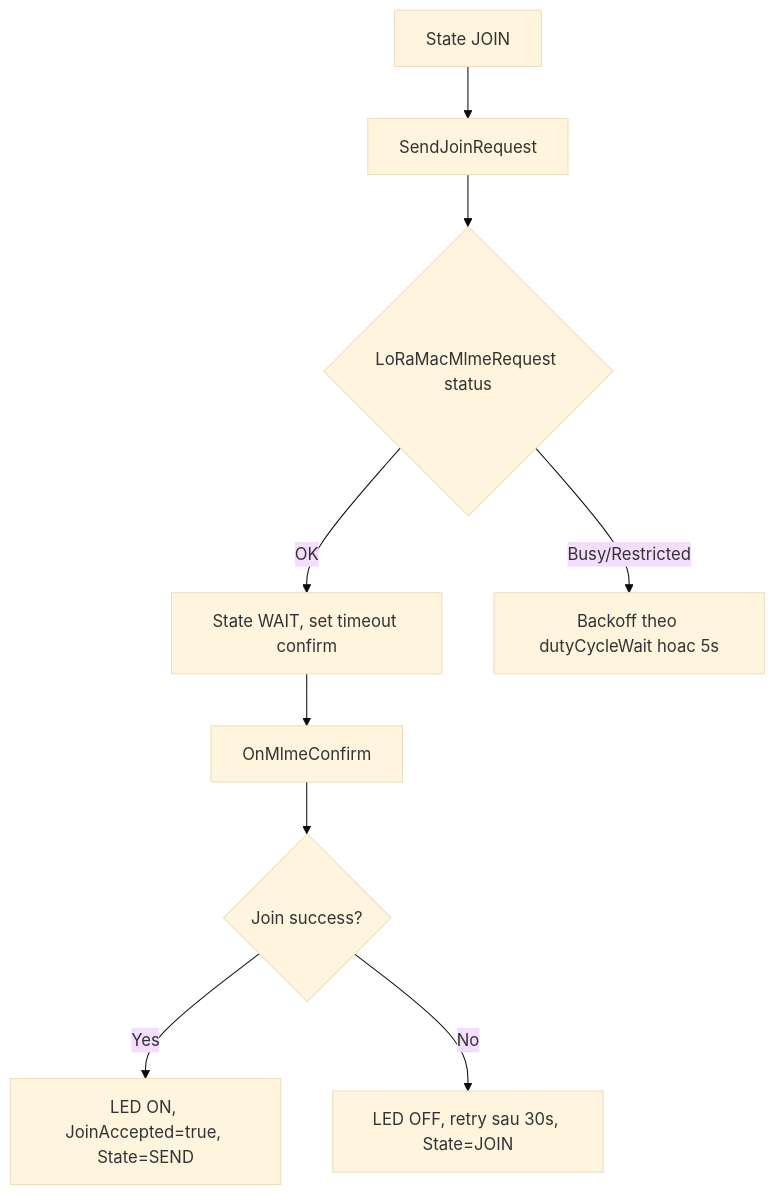
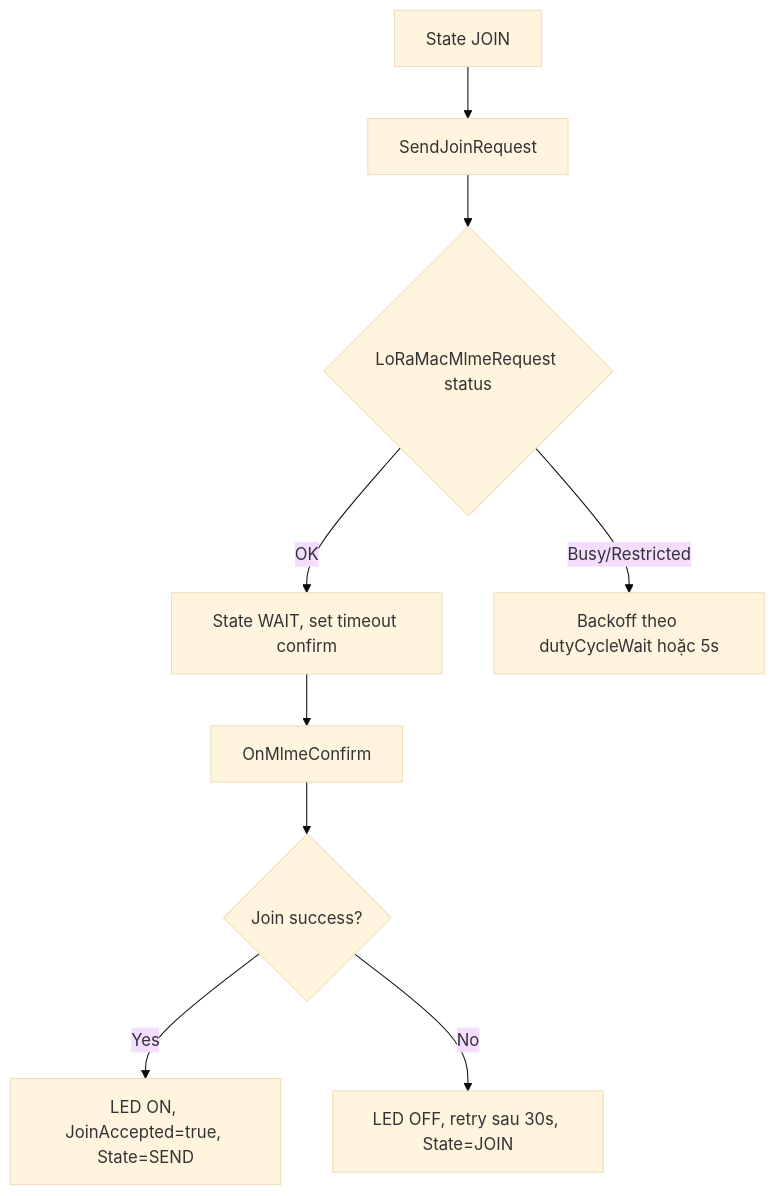
One commit to vuongpq/lorawan-node-f401 changed the sixth of 8 diagrams in docs/bao-cao-thuyet-minh-lorawan-node.md. Above: the diagram before and after it, drawn with Mermaid (base theme). The commit also changed other lines of this file, not shown here.

````diff
--- a/docs/bao-cao-thuyet-minh-lorawan-node.md
+++ b/docs/bao-cao-thuyet-minh-lorawan-node.md
@@ -210,12 +210,12 @@
 ```mermaid
 flowchart TD
     A[State JOIN] --> B[SendJoinRequest]
     B --> C{LoRaMacMlmeRequest status}
     C -- OK --> D[State WAIT, set timeout confirm]
-    C -- Busy/Restricted --> E[Backoff theo dutyCycleWait hoac 5s]
+    C -- Busy/Restricted --> E[Backoff theo dutyCycleWait hoặc 5s]
 
     D --> F[OnMlmeConfirm]
     F --> G{Join success?}
     G -- Yes --> H[LED ON, JoinAccepted=true, State=SEND]
     G -- No --> I[LED OFF, retry sau 30s, State=JOIN]
 ```
````
